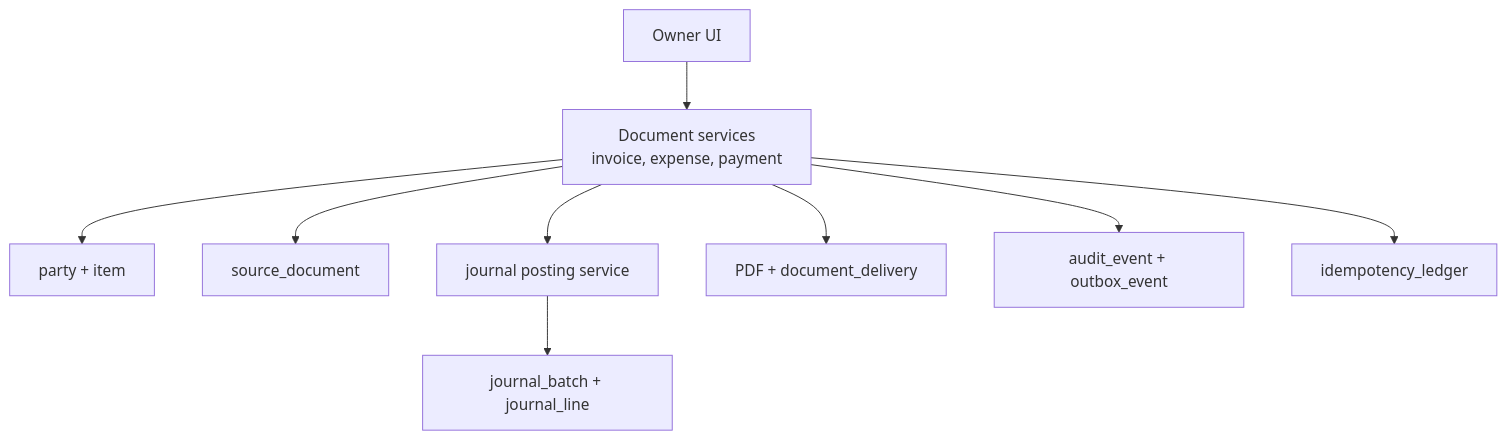
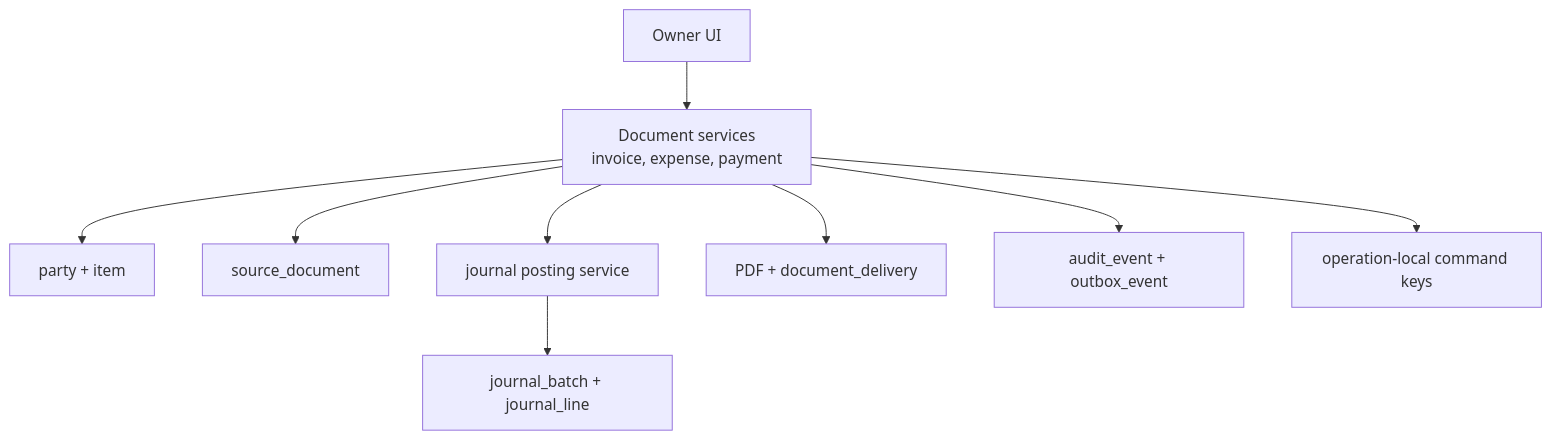
Before and after one commit to isherbuilds/edernal-books: the first of 2 diagrams in docs/superpowers/plans/2026-06-16-phase-02-owner-workflow-mvp-detailed-plan.md, drawn with Mermaid. The commit also changed other lines of this file and 35 other files, not shown here.

````diff
--- a/docs/superpowers/plans/2026-06-16-phase-02-owner-workflow-mvp-detailed-plan.md
+++ b/docs/superpowers/plans/2026-06-16-phase-02-owner-workflow-mvp-detailed-plan.md
@@ -15,11 +15,11 @@
 ```mermaid
 flowchart TD
   Owner["Owner UI"] --> Docs["Document services<br/>invoice, expense, payment"]
   Docs --> Parties["party + item"]
   Docs --> Source["source_document"]
   Docs --> Ledger["journal posting service"]
   Ledger --> Batch["journal_batch + journal_line"]
   Docs --> Delivery["PDF + document_delivery"]
   Docs --> Events["audit_event + outbox_event"]
-  Docs --> Idem["idempotency_ledger"]
+  Docs --> Idem["operation-local command keys"]
 ```
````
